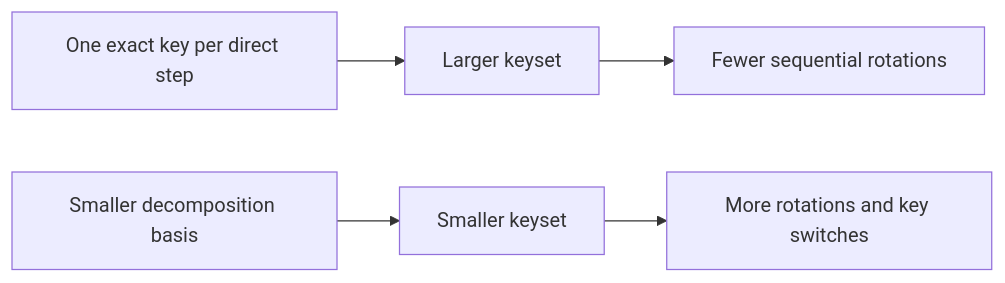
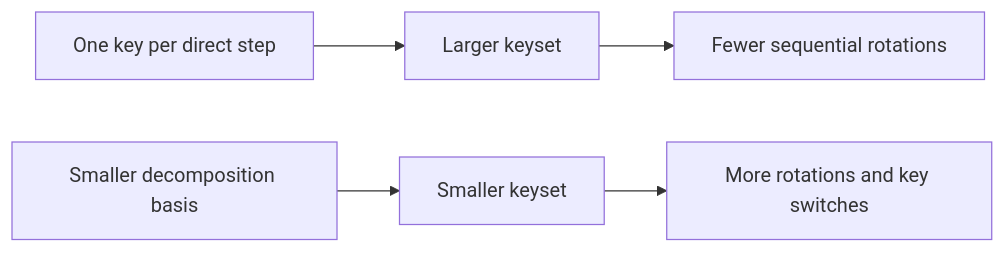
One commit to visualDust/fhelium changed the diagram in docs/how-to/provision-keyset.md. Above: the diagram before and after it, drawn with Mermaid. The commit also changed other lines of this file and 222 other files, not shown here.

````diff
--- a/docs/how-to/provision-keyset.md
+++ b/docs/how-to/provision-keyset.md
@@ -35,12 +35,12 @@
 ```mermaid
 flowchart LR
-    DIRECT[One exact key per direct step]
+    DIRECT[One key per direct step]
     LARGE[Larger keyset]
     FEWER[Fewer sequential rotations]
     DECOMP[Smaller decomposition basis]
     SMALL[Smaller keyset]
     MORE[More rotations and key switches]
 
     DIRECT --> LARGE --> FEWER
     DECOMP --> SMALL --> MORE
 ```
````
